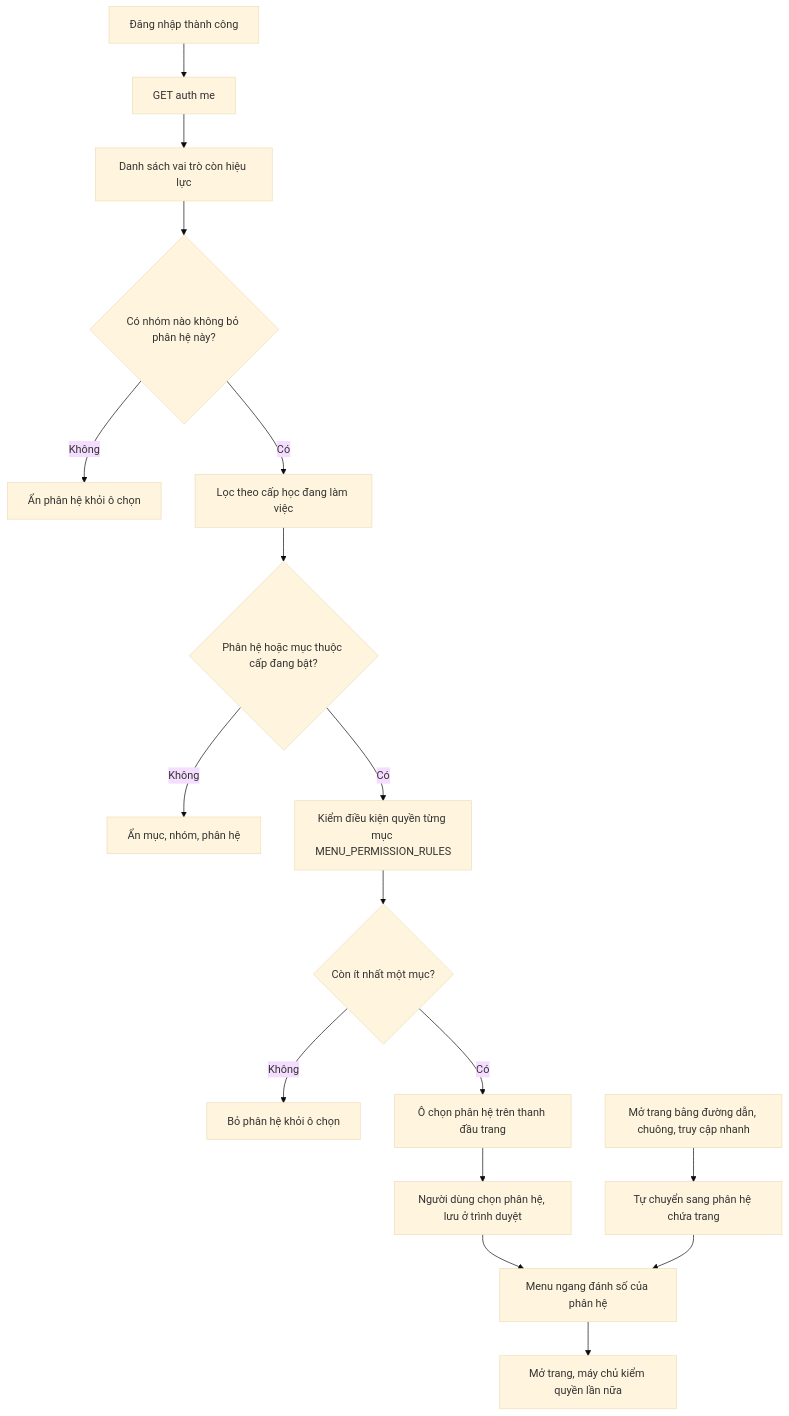
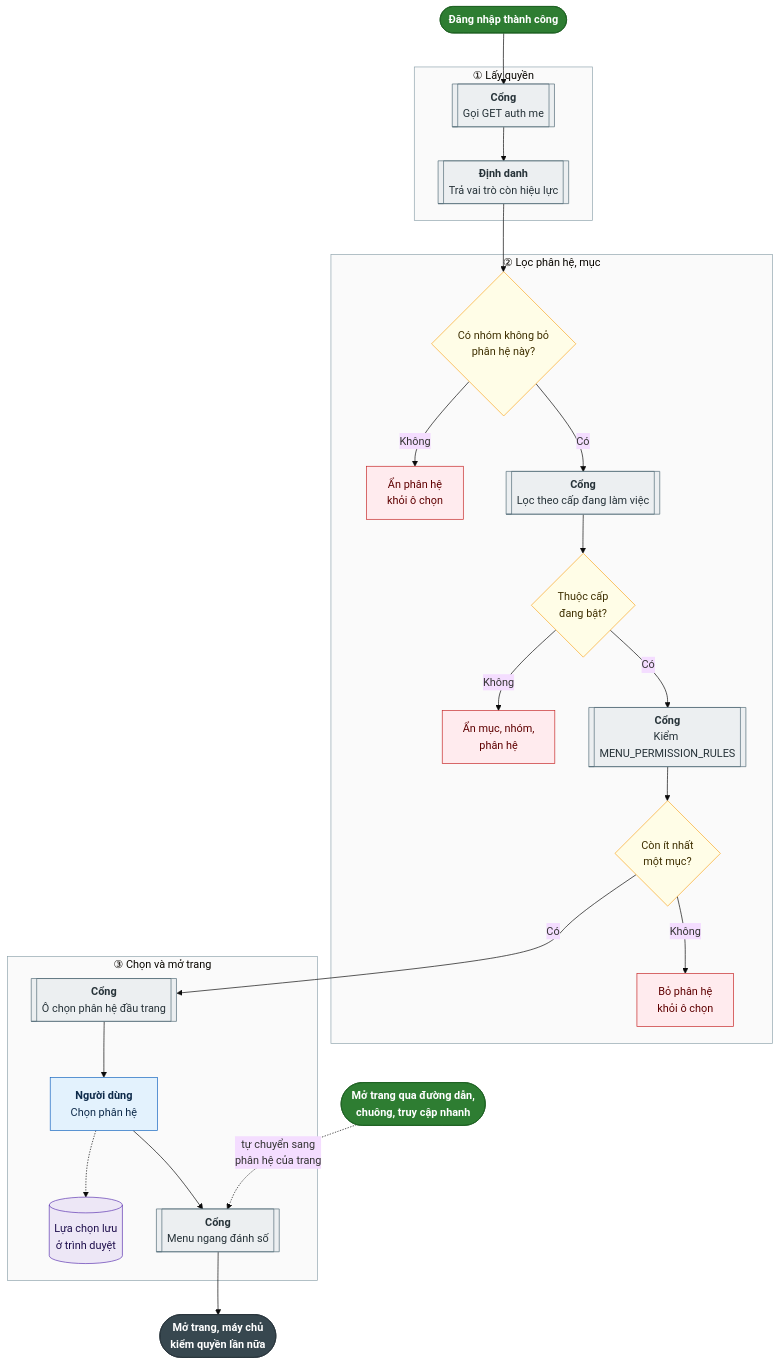
The third of 6 diagrams in tai_lieu/34_TONG_HOP_CHUC_NANG_HE_THONG/01_TONG_QUAN_VA_NEN_TANG.md (luckyshopvn/school_management), drawn with Mermaid (base theme) before and after one commit. The commit also changed other lines of this file and 8 other files, not shown here.

````diff
--- a/tai_lieu/34_TONG_HOP_CHUC_NANG_HE_THONG/01_TONG_QUAN_VA_NEN_TANG.md
+++ b/tai_lieu/34_TONG_HOP_CHUC_NANG_HE_THONG/01_TONG_QUAN_VA_NEN_TANG.md
@@ -364,19 +400,59 @@
 ```mermaid
 flowchart TD
-  A["Đăng nhập thành công"] --> B["GET auth me"]
-  B --> C["Danh sách vai trò còn hiệu lực"]
-  C --> D{"Có nhóm nào không bỏ phân hệ này?"}
-  D -->|"Không"| X1["Ẩn phân hệ khỏi ô chọn"]
-  D -->|"Có"| E["Lọc theo cấp học đang làm việc"]
-  E --> F{"Phân hệ hoặc mục thuộc cấp đang bật?"}
-  F -->|"Không"| X2["Ẩn mục, nhóm, phân hệ"]
-  F -->|"Có"| G["Kiểm điều kiện quyền từng mục MENU_PERMISSION_RULES"]
-  G --> H{"Còn ít nhất một mục?"}
-  H -->|"Không"| X3["Bỏ phân hệ khỏi ô chọn"]
-  H -->|"Có"| I["Ô chọn phân hệ trên thanh đầu trang"]
-  I --> J["Người dùng chọn phân hệ, lưu ở trình duyệt"]
-  J --> K["Menu ngang đánh số của phân hệ"]
-  K --> L["Mở trang, máy chủ kiểm quyền lần nữa"]
-  M["Mở trang bằng đường dẫn, chuông, truy cập nhanh"] --> N["Tự chuyển sang phân hệ chứa trang"]
-  N --> K
+  classDef batdau fill:#2e7d32,stroke:#1b5e20,color:#ffffff,font-weight:bold
+  classDef ketthuc fill:#37474f,stroke:#263238,color:#ffffff,font-weight:bold
+  classDef nguoi fill:#e3f2fd,stroke:#1565c0,color:#0d2a4a
+  classDef heth fill:#eceff1,stroke:#546e7a,color:#263238
+  classDef duyet fill:#fff3e0,stroke:#ef6c00,color:#4e2600
+  classDef hoi fill:#fffde7,stroke:#f9a825,color:#3e2f00
+  classDef bao fill:#fce4ec,stroke:#ad1457,color:#4a0020
+  classDef chan fill:#ffebee,stroke:#c62828,color:#5f0000
+  classDef dulieu fill:#ede7f6,stroke:#5e35b1,color:#1f0f4d
+
+  S(["Đăng nhập thành công"]):::batdau
+
+  subgraph P1["① Lấy quyền"]
+    B[["<b>Cổng</b><br/>Gọi GET auth me"]]:::heth
+    C[["<b>Định danh</b><br/>Trả vai trò còn hiệu lực"]]:::heth
+    B --> C
+  end
+
+  subgraph P2["② Lọc phân hệ, mục"]
+    D{"Có nhóm không bỏ<br/>phân hệ này?"}:::hoi
+    X1["Ẩn phân hệ<br/>khỏi ô chọn"]:::chan
+    E[["<b>Cổng</b><br/>Lọc theo cấp đang làm việc"]]:::heth
+    F{"Thuộc cấp<br/>đang bật?"}:::hoi
+    X2["Ẩn mục, nhóm,<br/>phân hệ"]:::chan
+    G[["<b>Cổng</b><br/>Kiểm MENU_PERMISSION_RULES"]]:::heth
+    H{"Còn ít nhất<br/>một mục?"}:::hoi
+    X3["Bỏ phân hệ<br/>khỏi ô chọn"]:::chan
+    D -->|"Không"| X1
+    D -->|"Có"| E --> F
+    F -->|"Không"| X2
+    F -->|"Có"| G --> H
+    H -->|"Không"| X3
+  end
+
+  M(["Mở trang qua đường dẫn,<br/>chuông, truy cập nhanh"]):::batdau
+
+  subgraph P3["③ Chọn và mở trang"]
+    I[["<b>Cổng</b><br/>Ô chọn phân hệ đầu trang"]]:::heth
+    J["<b>Người dùng</b><br/>Chọn phân hệ"]:::nguoi
+    JD[("Lựa chọn lưu<br/>ở trình duyệt")]:::dulieu
+    K1[["<b>Cổng</b><br/>Menu ngang đánh số"]]:::heth
+    I --> J --> K1
+    J -.-> JD
+  end
+
+  K(["Mở trang, máy chủ<br/>kiểm quyền lần nữa"]):::ketthuc
+
+  S --> B
+  C --> D
+  H -->|"Có"| I
+  K1 --> K
+  M -.->|"tự chuyển sang<br/>phân hệ của trang"| K1
+
+  style P1 fill:#fafafa,stroke:#90a4ae
+  style P2 fill:#fafafa,stroke:#90a4ae
+  style P3 fill:#fafafa,stroke:#90a4ae
 ```
````
